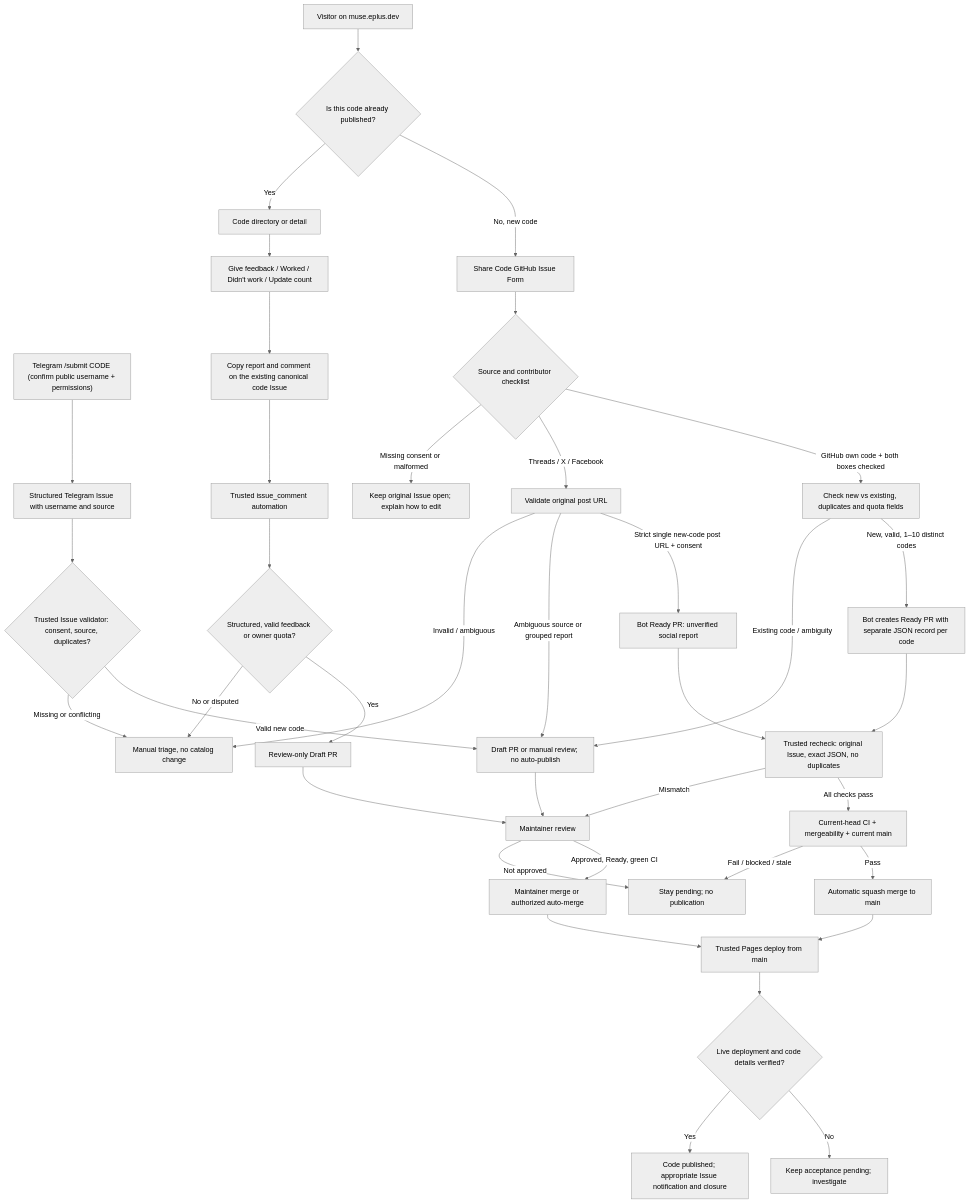
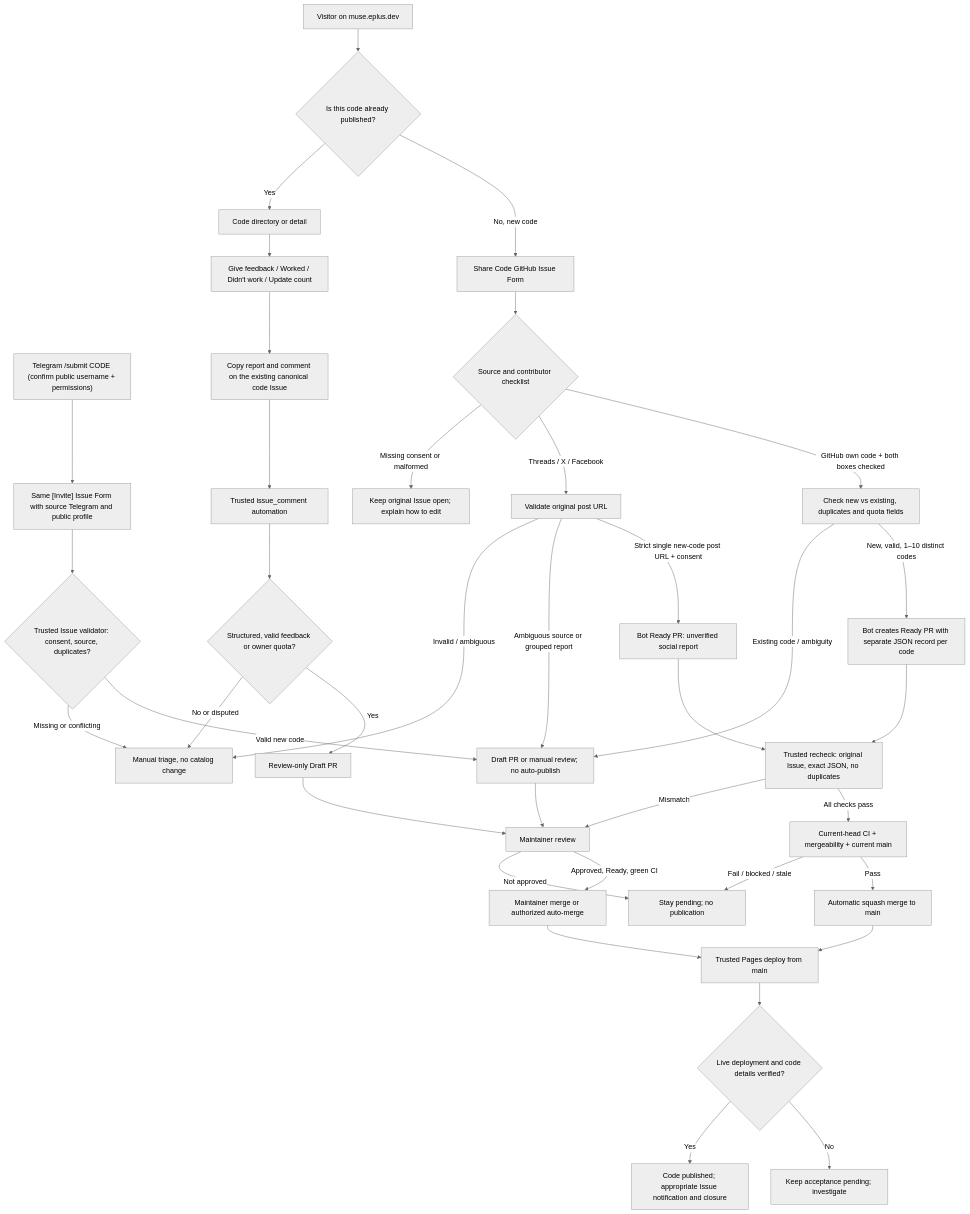
Before and after one commit to ePlus-DEV/muse-invite-hub: the first of 2 diagrams in docs/CONTRIBUTION_FLOW.md, drawn with Mermaid (neutral theme). The commit also changed other lines of this file, not shown here.

Commit message:
docs(telegram): align Issue contribution format across all platforms

````diff
--- a/docs/CONTRIBUTION_FLOW.md
+++ b/docs/CONTRIBUTION_FLOW.md
@@ -9,40 +9,40 @@
 ```mermaid
 flowchart TD
     A["Visitor on muse.eplus.dev"] --> B{"Is this code already published?"}
-    TG["Telegram /submit CODE (confirm public username + permissions)"] --> TGI["Structured Telegram Issue with username and source"]
+    TG["Telegram /submit CODE (confirm public username + permissions)"] --> TGI["Same [Invite] Issue Form with source Telegram and public profile"]
     TGI --> TGD{"Trusted Issue validator: consent, source, duplicates?"}
     TGD -->|"Valid new code"| P
     TGD -->|"Missing or conflicting"| J
     B -->|"No, new code"| C["Share Code GitHub Issue Form"]
     B -->|"Yes"| D["Code directory or detail"]
     D --> E["Give feedback / Worked / Didn't work / Update count"]
     E --> F["Copy report and comment on the existing canonical code Issue"]
     F --> G["Trusted issue_comment automation"]
     G --> H{"Structured, valid feedback or owner quota?"}
     H -->|"Yes"| I["Review-only Draft PR"]
     H -->|"No or disputed"| J["Manual triage, no catalog change"]
     C --> K{"Source and contributor checklist"}
     K -->|"GitHub own code + both boxes checked"| L["Check new vs existing, duplicates and quota fields"]
     K -->|"Threads / X / Facebook"| M["Validate original post URL"]
     K -->|"Missing consent or malformed"| N["Keep original Issue open; explain how to edit"]
     L -->|"New, valid, 1–10 distinct codes"| O["Bot creates Ready PR with separate JSON record per code"]
     L -->|"Existing code / ambiguity"| P["Draft PR or manual review; no auto-publish"]
     M -->|"Strict single new-code post URL + consent"| Q["Bot Ready PR: unverified social report"]
     M -->|"Ambiguous source or grouped report"| P
     M -->|"Invalid / ambiguous"| J
     I --> R["Maintainer review"]
     P --> R
     Q --> S
     O --> S["Trusted recheck: original Issue, exact JSON, no duplicates"]
     S -->|"All checks pass"| T["Current-head CI + mergeability + current main"]
     S -->|"Mismatch"| R
     T -->|"Pass"| U["Automatic squash merge to main"]
     T -->|"Fail / blocked / stale"| V["Stay pending; no publication"]
     R -->|"Approved, Ready, green CI"| W["Maintainer merge or authorized auto-merge"]
     R -->|"Not approved"| V
     U --> X["Trusted Pages deploy from main"]
     W --> X
     X --> Y{"Live deployment and code details verified?"}
     Y -->|"No"| Z["Keep acceptance pending; investigate"]
     Y -->|"Yes"| AA["Code published; appropriate Issue notification and closure"]
 ```
````
